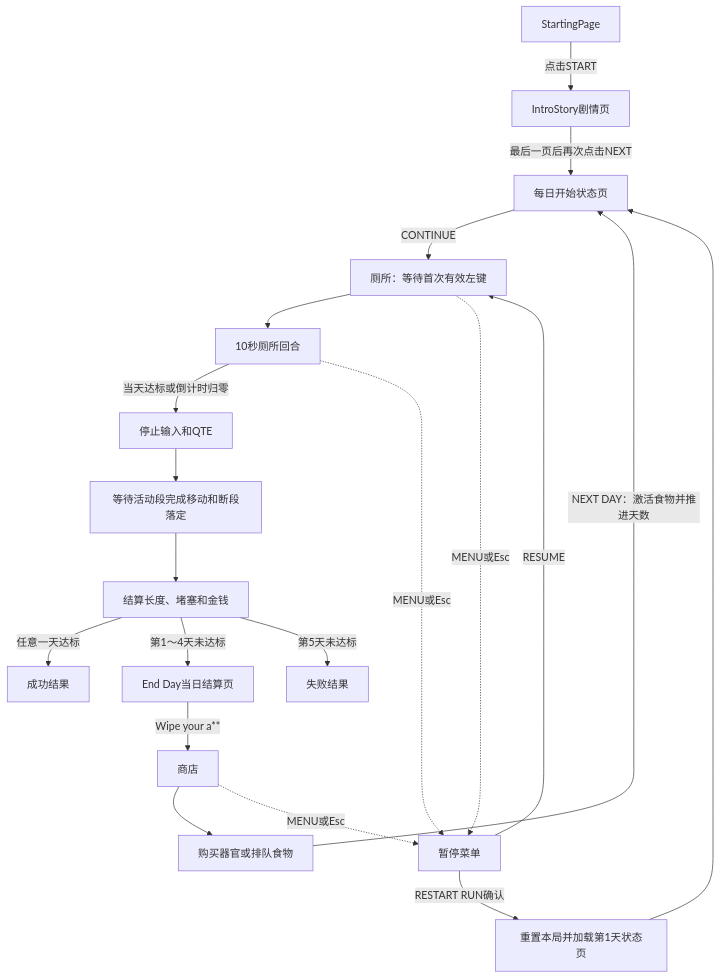
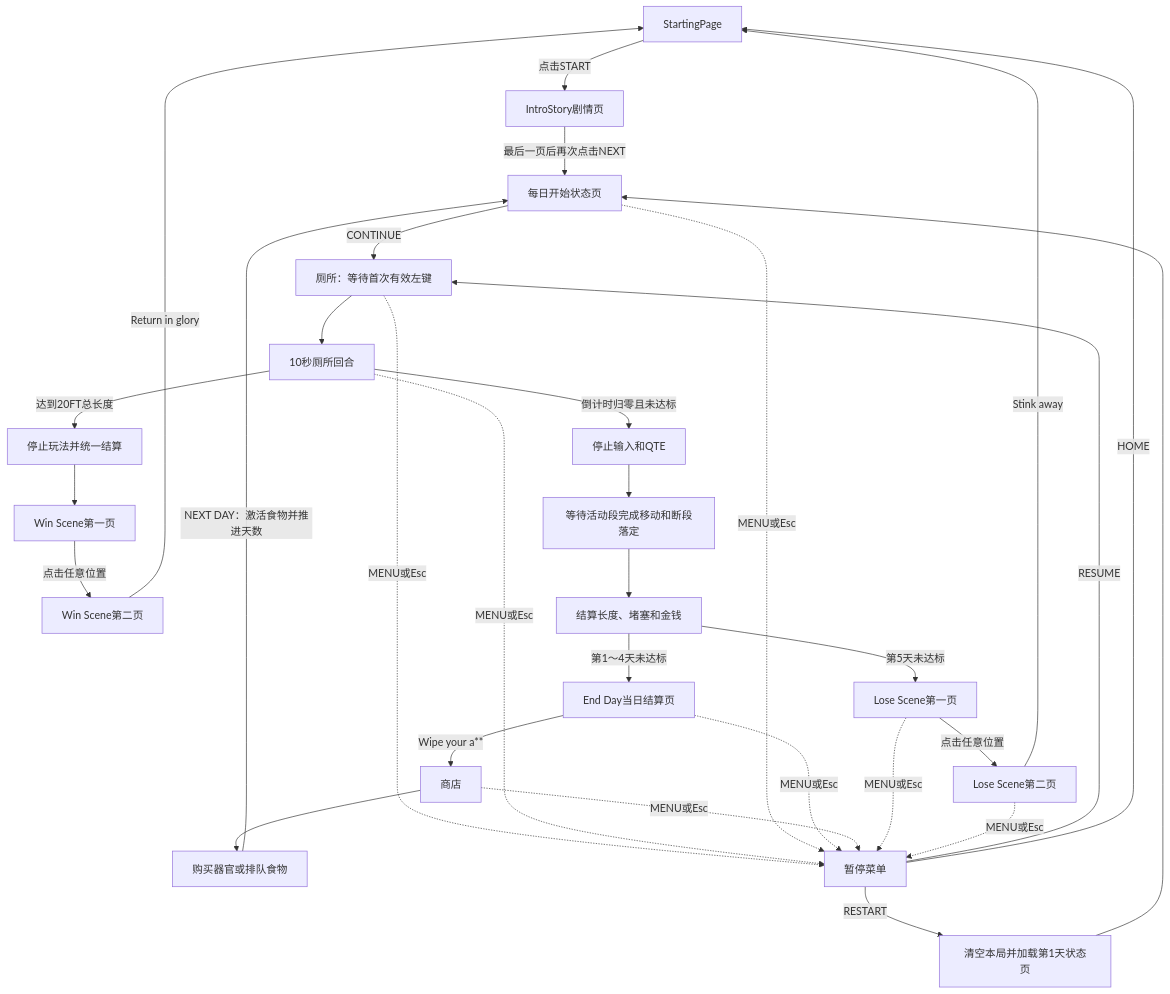
The diagram in 机制.md (SaltedFishyy/GMTK-game-jam), drawn with Mermaid before and after one commit. The commit also changed other lines of this file and 96 other files, not shown here.

````diff
--- a/机制.md
+++ b/机制.md
@@ -277,22 +288,32 @@
 ```mermaid
 flowchart TD
     S[StartingPage] -->|点击START| I[IntroStory剧情页]
     I -->|最后一页后再次点击NEXT| J[每日开始状态页]
     J -->|CONTINUE| A[厕所：等待首次有效左键]
     A --> B[10秒厕所回合]
-    B -->|当天达标或倒计时归零| C[停止输入和QTE]
+    B -->|达到20FT总长度| W[停止玩法并统一结算]
+    W --> V[Win Scene第一页]
+    V -->|点击任意位置| V2[Win Scene第二页]
+    V2 -->|Return in glory| S
+    B -->|倒计时归零且未达标| C[停止输入和QTE]
     C --> D[等待活动段完成移动和断段落定]
     D --> E[结算长度、堵塞和金钱]
-    E -->|任意一天达标| G[成功结果]
     E -->|第1～4天未达标| L[End Day当日结算页]
     L -->|Wipe your a**| F[商店]
     F --> H[购买器官或排队食物]
     H -->|NEXT DAY：激活食物并推进天数| J
-    E -->|第5天未达标| K[失败结果]
+    E -->|第5天未达标| K[Lose Scene第一页]
+    K -->|点击任意位置| K2[Lose Scene第二页]
+    K2 -->|Stink away| S
     A -. MENU或Esc .-> P[暂停菜单]
     B -. MENU或Esc .-> P
+    J -. MENU或Esc .-> P
+    L -. MENU或Esc .-> P
     F -. MENU或Esc .-> P
+    K -. MENU或Esc .-> P
+    K2 -. MENU或Esc .-> P
     P -->|RESUME| A
-    P -->|RESTART RUN确认| R[重置本局并加载第1天状态页]
+    P -->|RESTART| R[清空本局并加载第1天状态页]
+    P -->|HOME| S
     R --> J
 ```
````
